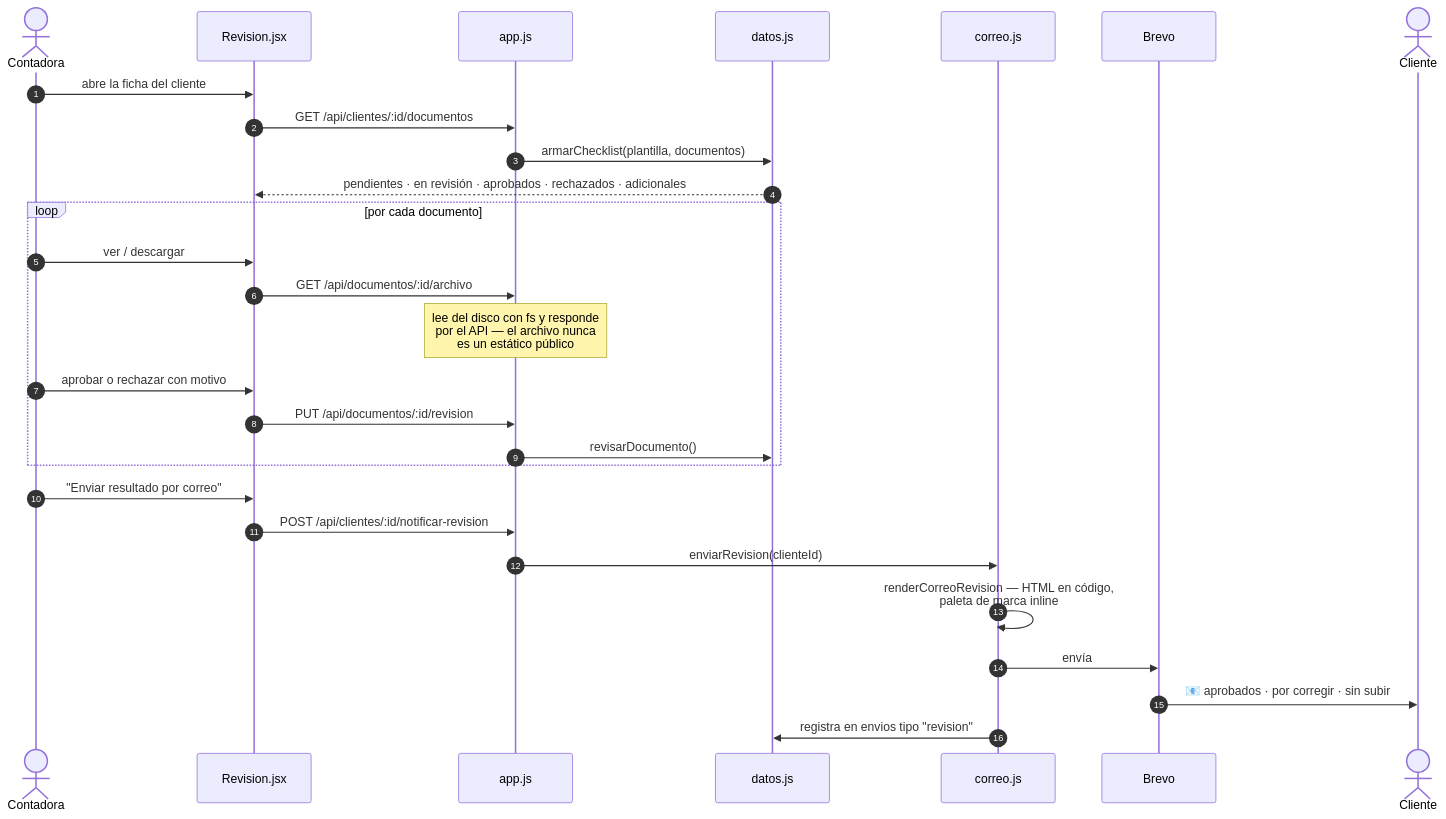
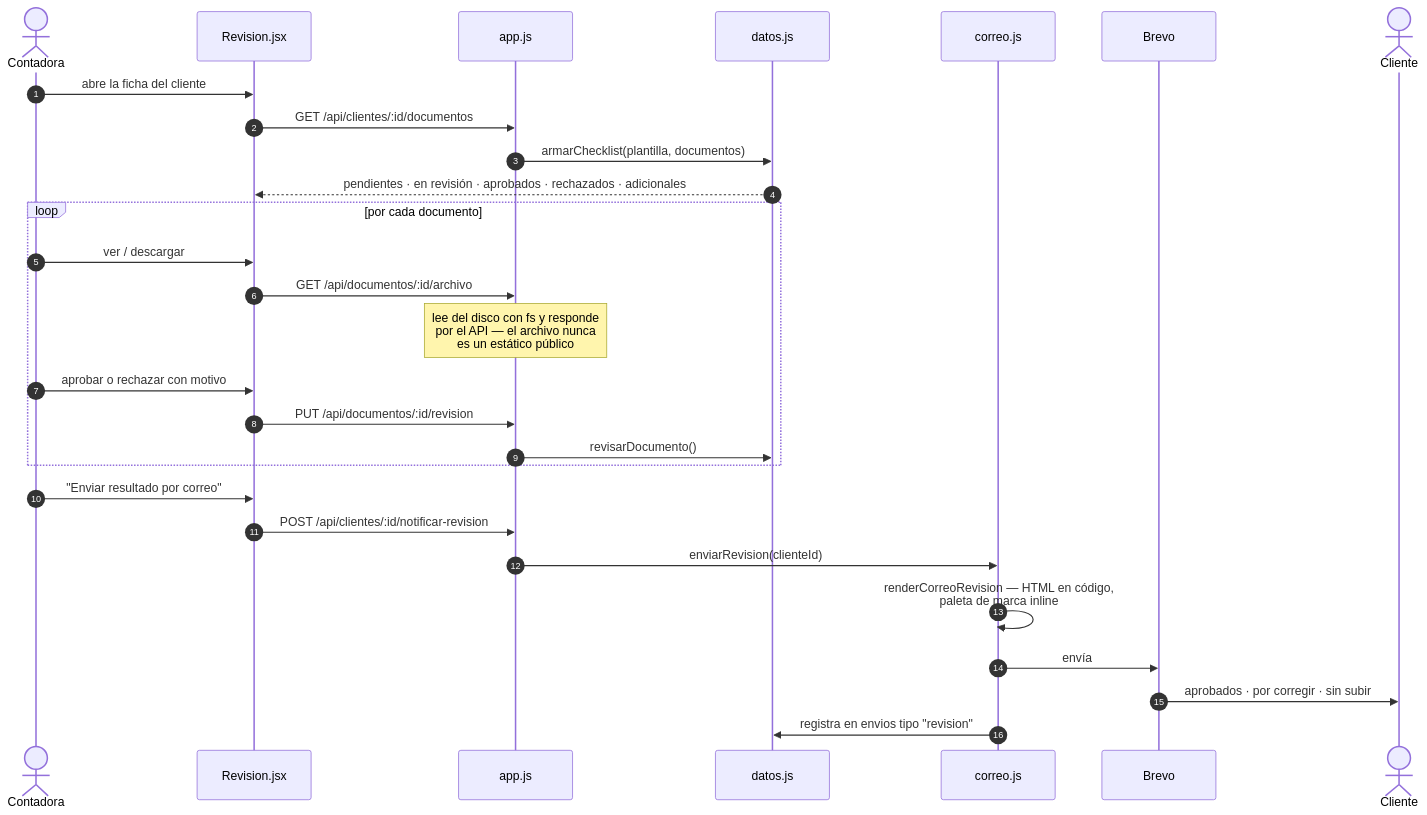
Diagram 16 of 20 in docs/ARQUITECTURA.md (alexizher/portal-declaracion-renta), drawn with Mermaid before and after one commit. The commit also changed other lines of this file and 3 other files, not shown here.

````diff
--- a/docs/ARQUITECTURA.md
+++ b/docs/ARQUITECTURA.md
@@ -929,33 +929,33 @@
 ```mermaid
 sequenceDiagram
     autonumber
     actor CO as Contadora
     participant R as Revision.jsx
     participant API as app.js
     participant D as datos.js
     participant CR as correo.js
     participant B as Brevo
     actor CL as Cliente
 
     CO->>R: abre la ficha del cliente
     R->>API: GET /api/clientes/:id/documentos
     API->>D: armarChecklist(plantilla, documentos)
     D-->>R: pendientes · en revisión · aprobados · rechazados · adicionales
 
     loop por cada documento
         CO->>R: ver / descargar
         R->>API: GET /api/documentos/:id/archivo
         Note over API: lee del disco con fs y responde<br/>por el API — el archivo nunca<br/>es un estático público
         CO->>R: aprobar o rechazar con motivo
         R->>API: PUT /api/documentos/:id/revision
         API->>D: revisarDocumento()
     end
 
     CO->>R: "Enviar resultado por correo"
     R->>API: POST /api/clientes/:id/notificar-revision
     API->>CR: enviarRevision(clienteId)
     CR->>CR: renderCorreoRevision — HTML en código,<br/>paleta de marca inline
     CR->>B: envía
-    B->>CL: 📧 aprobados · por corregir · sin subir
+    B->>CL: aprobados · por corregir · sin subir
     CR->>D: registra en envios tipo "revision"
 ```
````
